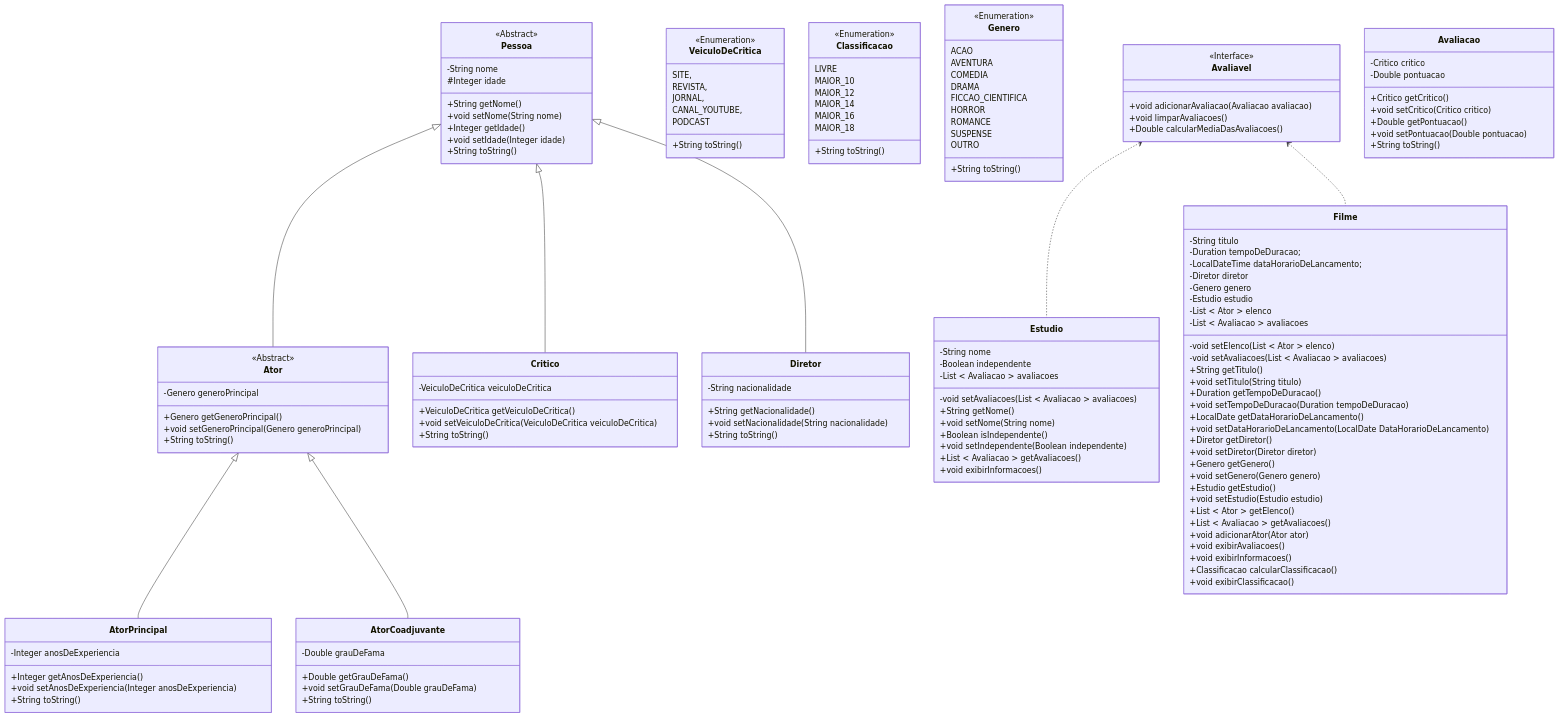
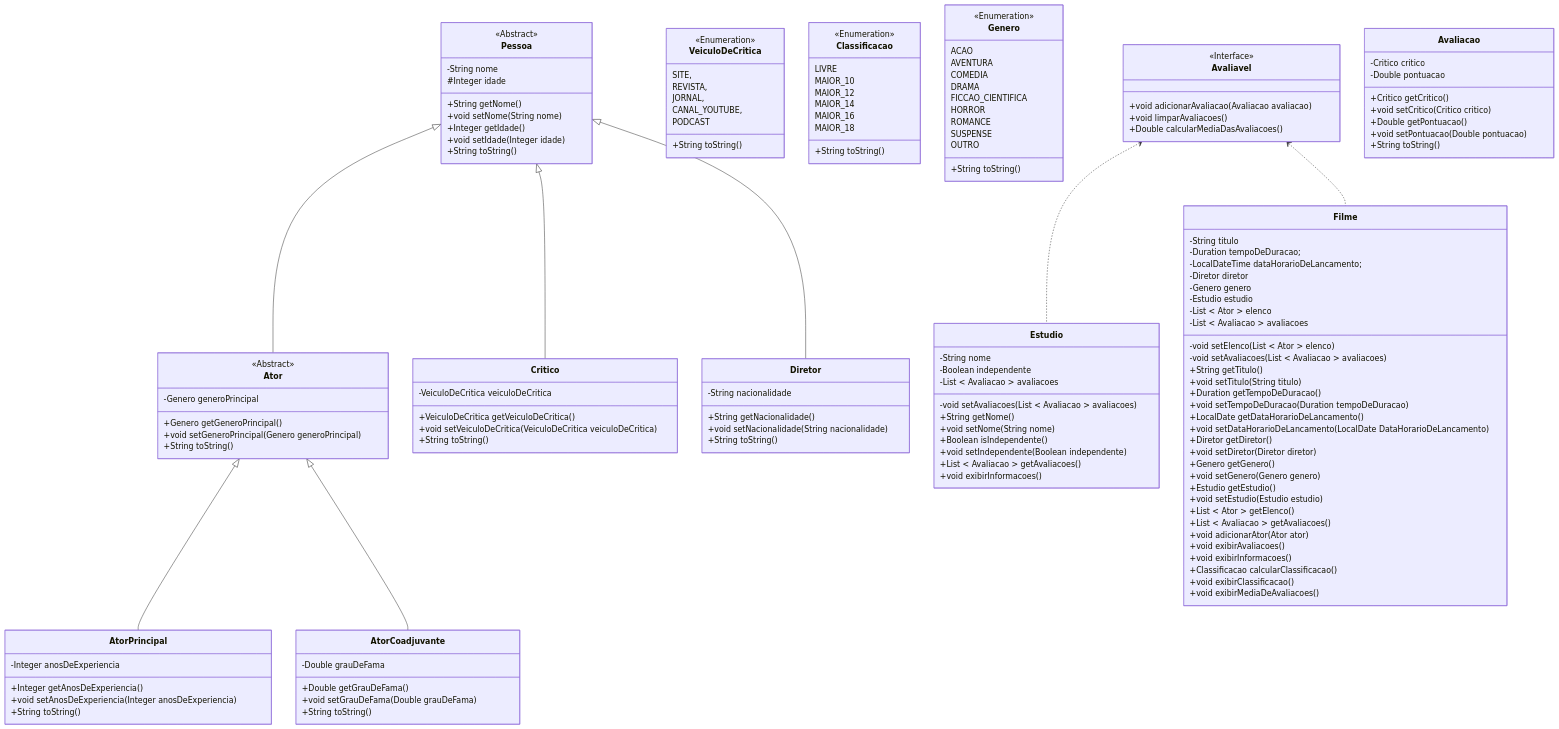
The diagram in exercicio-003/versao-001/README.md (heltonricardo/enunciados-exercicios-java), drawn with Mermaid before and after one commit.

Commit message:
exercicio 3-1

```diff
--- a/exercicio-003/versao-001/README.md
+++ b/exercicio-003/versao-001/README.md
@@ -153,6 +153,7 @@
   +void exibirInformacoes()
   +Classificacao calcularClassificacao()
   +void exibirClassificacao()
+  +void exibirMediaDeAvaliacoes()
 }
 
 class Avaliavel {
```
